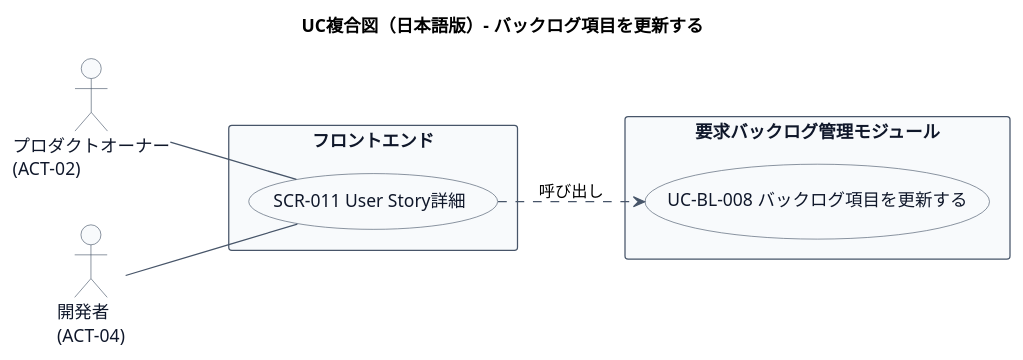
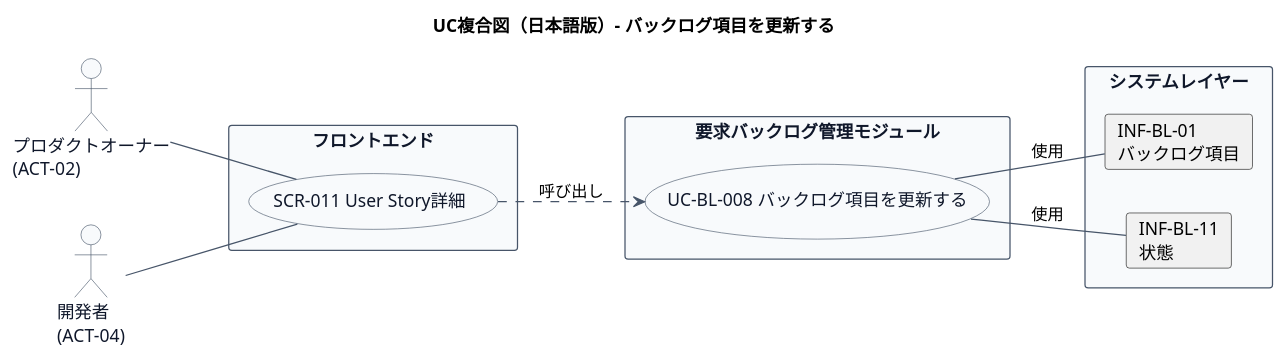
The second of 2 diagrams in docs/22 要件定義書/AG アジルーム/03 機能要件/AG-02 要求バックログ管理/03.システム境界/UC-BL-008 バックログ項目を更新する/UC複合図.md (mizo432/modulith-learning), drawn with PlantUML before and after one commit. The commit also changed other lines of this file and 209 other files, not shown here.

````diff
--- a/docs/22 要件定義書/AG アジルーム/03 機能要件/AG-02 要求バックログ管理/03.システム境界/UC-BL-008 バックログ項目を更新する/UC複合図.md
+++ b/docs/22 要件定義書/AG アジルーム/03 機能要件/AG-02 要求バックログ管理/03.システム境界/UC-BL-008 バックログ項目を更新する/UC複合図.md
@@ -52,38 +59,45 @@
 ```plantuml
 title UC複合図（日本語版）- バックログ項目を更新する
 left to right direction
 
 skinparam usecase {
   BackgroundColor #F8FAFC
   BorderColor #475569
   FontColor #0F172A
 }
 skinparam actor {
   BackgroundColor #F8FAFC
   BorderColor #475569
   FontColor #0F172A
 }
 skinparam rectangle {
   BackgroundColor #F8FAFC
   BorderColor #475569
   FontColor #0F172A
 }
 skinparam arrowColor #475569
 skinparam shadowing false
 
 actor "プロダクトオーナー\n(ACT-02)" as ACT1
 actor "開発者\n(ACT-04)" as ACT2
 
 rectangle "フロントエンド" {
   usecase "SCR-011 User Story詳細" as SCR
 }
 
 rectangle "要求バックログ管理モジュール" {
   usecase "UC-BL-008 バックログ項目を更新する" as UC
 }
 
+rectangle "システムレイヤー" {
+  card "INF-BL-01\nバックログ項目" as INF01
+  card "INF-BL-11\n状態" as INF11
+}
+
 ACT1 -- SCR
 ACT2 -- SCR
 SCR ..> UC : 呼び出し
+UC -- INF01 : 使用
+UC -- INF11 : 使用
 @enduml
 ```
````
